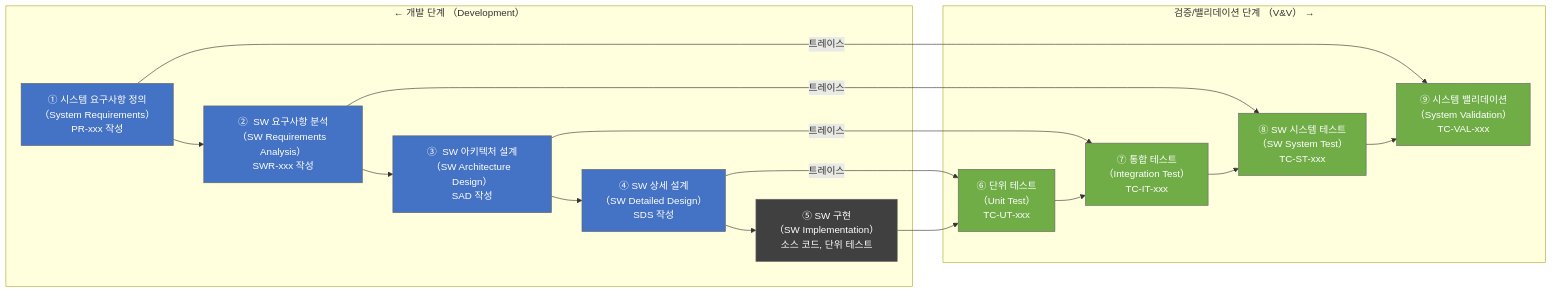
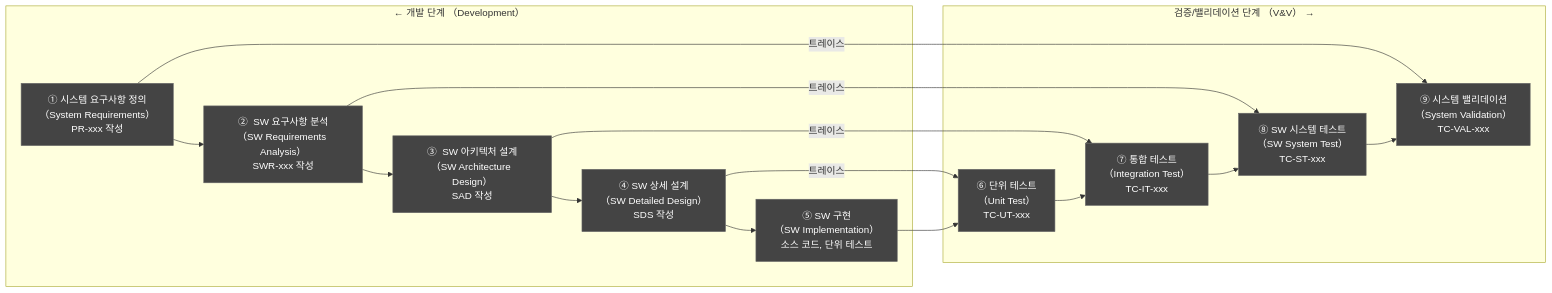
The second of 13 diagrams in docs/management/DOC-003_SW_Development_Guideline_v1.0.md (holee9/console-gui), drawn with Mermaid before and after one commit. The commit also changed other lines of this file and 35 other files, not shown here.

First line of the commit message:
fix: 전체 Mermaid 차트 색상 진한 회색 통일

````diff
--- a/docs/management/DOC-003_SW_Development_Guideline_v1.0.md
+++ b/docs/management/DOC-003_SW_Development_Guideline_v1.0.md
@@ -174,35 +174,35 @@
 ```mermaid
 graph LR
     classDef default fill:#444,stroke:#666,color:#fff
     subgraph LEFT["← 개발 단계 （Development）"]
         A["①  시스템 요구사항 정의<br/>（System Requirements）<br/>PR-xxx 작성"]
         B["②  SW 요구사항 분석<br/>（SW Requirements Analysis）<br/>SWR-xxx 작성"]
         C["③  SW 아키텍처 설계<br/>（SW Architecture Design）<br/>SAD 작성"]
         D["④  SW 상세 설계<br/>（SW Detailed Design）<br/>SDS 작성"]
         E["⑤  SW 구현<br/>（SW Implementation）<br/>소스 코드, 단위 테스트"]
     end
 
     subgraph RIGHT["검증/밸리데이션 단계 （V&V） →"]
         F["⑥  단위 테스트<br/>（Unit Test）<br/>TC-UT-xxx"]
         G["⑦  통합 테스트<br/>（Integration Test）<br/>TC-IT-xxx"]
         H["⑧  SW 시스템 테스트<br/>（SW System Test）<br/>TC-ST-xxx"]
         I["⑨  시스템 밸리데이션<br/>（System Validation）<br/>TC-VAL-xxx"]
     end
 
     A -->|트레이스| I
     B -->|트레이스| H
     C -->|트레이스| G
     D -->|트레이스| F
     A --> B --> C --> D --> E
     E --> F --> G --> H --> I
 
-    style A fill:#4472C4,color:#fff
-    style B fill:#4472C4,color:#fff
-    style C fill:#4472C4,color:#fff
-    style D fill:#4472C4,color:#fff
-    style E fill:#404040,color:#fff
-    style F fill:#70AD47,color:#fff
-    style G fill:#70AD47,color:#fff
-    style H fill:#70AD47,color:#fff
-    style I fill:#70AD47,color:#fff
+    style A fill:#444,color:#fff
+    style B fill:#444,color:#fff
+    style C fill:#444,color:#fff
+    style D fill:#444,color:#fff
+    style E fill:#444,color:#fff
+    style F fill:#444,color:#fff
+    style G fill:#444,color:#fff
+    style H fill:#444,color:#fff
+    style I fill:#444,color:#fff
 ```
````
